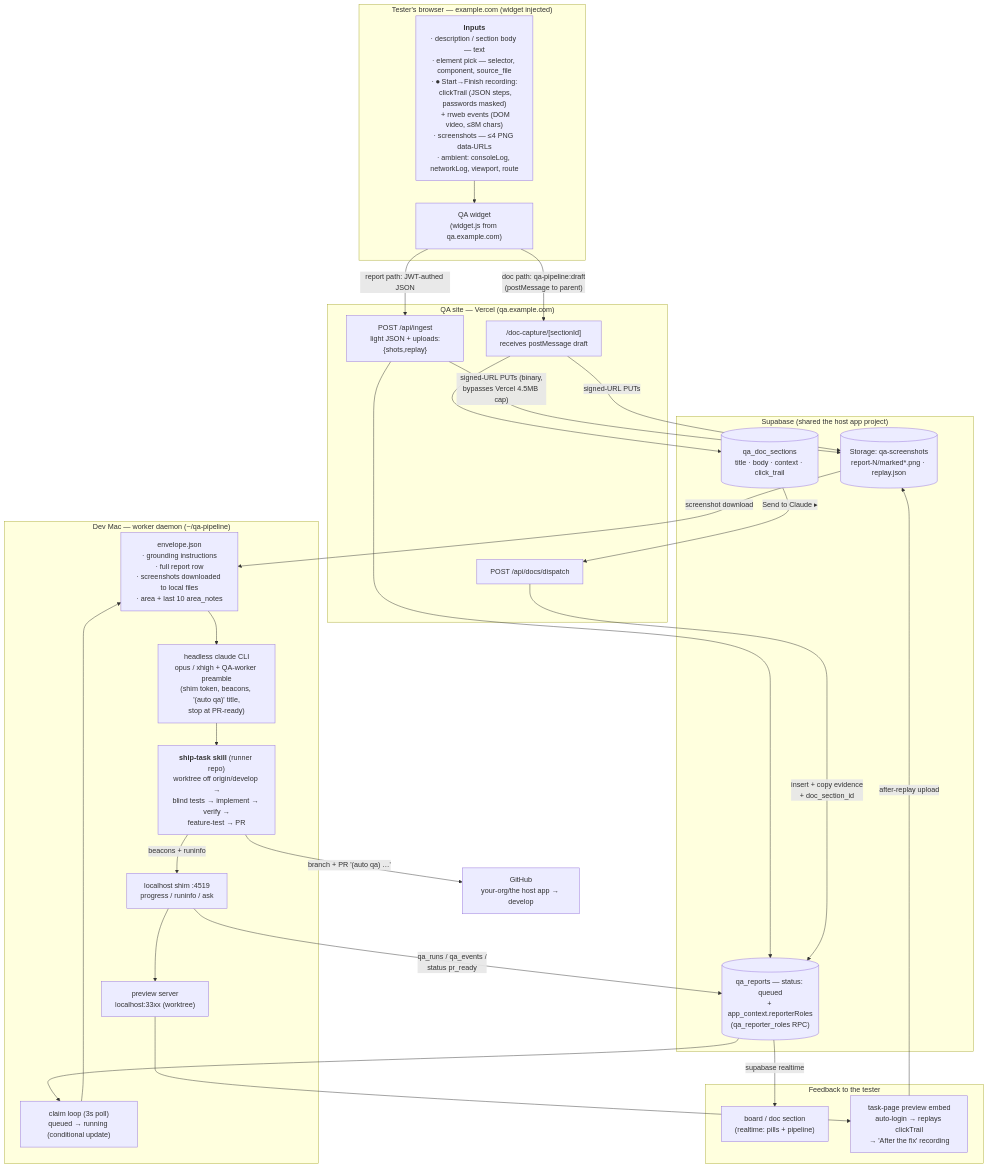
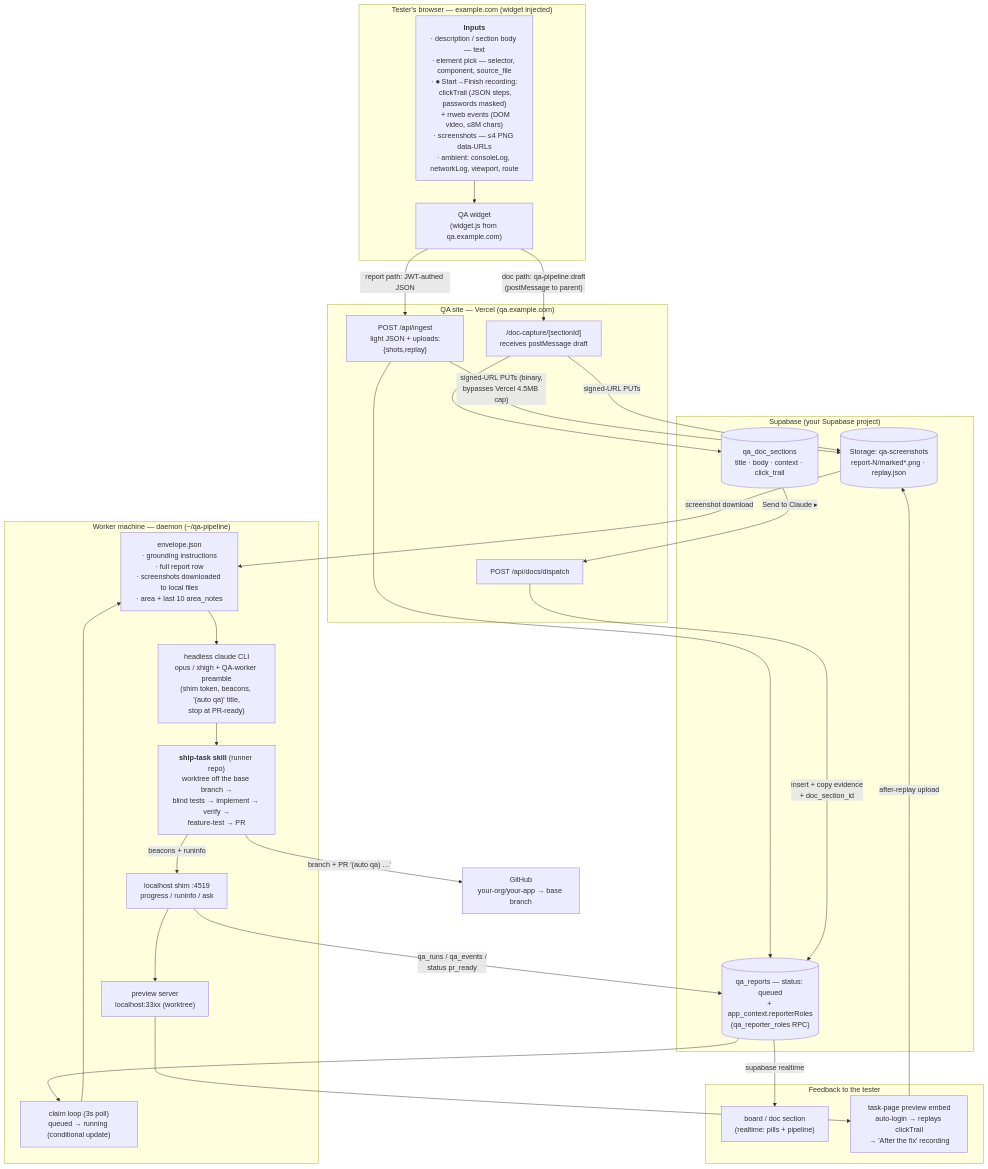
The diagram in docs/DATA-FLOW.md (Henry-Shan/agentic-qa-pipeline), drawn with Mermaid before and after one commit. The commit also changed other lines of this file and 35 other files, not shown here.

First line of the commit message:
Make the pipeline app-agnostic; source-available license

````diff
--- a/docs/DATA-FLOW.md
+++ b/docs/DATA-FLOW.md
@@ -6,54 +6,54 @@
 ```mermaid
 flowchart TD
   subgraph BROWSER["Tester's browser — example.com (widget injected)"]
     IN["<b>Inputs</b><br/>· description / section body — text<br/>· element pick — selector, component, source_file<br/>· ⏺ Start→Finish recording:<br/>&nbsp;&nbsp;clickTrail (JSON steps, passwords masked)<br/>&nbsp;&nbsp;+ rrweb events (DOM video, ≤8M chars)<br/>· screenshots — ≤4 PNG data-URLs<br/>· ambient: consoleLog, networkLog, viewport, route"]
     W["QA widget<br/>(widget.js from qa.example.com)"]
     IN --> W
   end
 
   subgraph SITE["QA site — Vercel (qa.example.com)"]
     ING["POST /api/ingest<br/>light JSON + uploads:{shots,replay}"]
     DCAP["/doc-capture/[sectionId]<br/>receives postMessage draft"]
     DISP["POST /api/docs/dispatch"]
   end
 
-  subgraph SB["Supabase (shared the host app project)"]
+  subgraph SB["Supabase (your Supabase project)"]
     SEC[("qa_doc_sections<br/>title · body · context · click_trail")]
     REP[("qa_reports — status: queued<br/>+ app_context.reporterRoles<br/>(qa_reporter_roles RPC)")]
     STOR[("Storage: qa-screenshots<br/>report-N/marked*.png · replay.json")]
   end
 
   W -- "report path: JWT-authed JSON" --> ING
   W -- "doc path: qa-pipeline:draft<br/>(postMessage to parent)" --> DCAP
   ING -- "signed-URL PUTs (binary,<br/>bypasses Vercel 4.5MB cap)" --> STOR
   ING --> REP
   DCAP --> SEC
   DCAP -- "signed-URL PUTs" --> STOR
   SEC -- "Send to Claude ▸" --> DISP
   DISP -- "insert + copy evidence<br/>+ doc_section_id" --> REP
 
-  subgraph MAC["Dev Mac — worker daemon (~/qa-pipeline)"]
+  subgraph MAC["Worker machine — daemon (~/qa-pipeline)"]
     CLAIM["claim loop (3s poll)<br/>queued → running (conditional update)"]
     ENV["envelope.json<br/>· grounding instructions<br/>· full report row<br/>· screenshots downloaded to local files<br/>· area + last 10 area_notes"]
     CLA["headless claude CLI<br/>opus / xhigh + QA-worker preamble<br/>(shim token, beacons, '(auto qa)' title,<br/>stop at PR-ready)"]
-    SHIP["<b>ship-task skill</b> (runner repo)<br/>worktree off origin/develop →<br/>blind tests → implement → verify →<br/>feature-test → PR"]
+    SHIP["<b>ship-task skill</b> (runner repo)<br/>worktree off the base branch →<br/>blind tests → implement → verify →<br/>feature-test → PR"]
     SHIM["localhost shim :4519<br/>progress / runinfo / ask"]
     PREV["preview server<br/>localhost:33xx (worktree)"]
   end
 
   REP --> CLAIM --> ENV --> CLA --> SHIP
   STOR -- "screenshot download" --> ENV
   SHIP -- "beacons + runinfo" --> SHIM
   SHIM -- "qa_runs / qa_events /<br/>status pr_ready" --> REP
-  SHIP -- "branch + PR '(auto qa) …'" --> GH["GitHub<br/>your-org/the host app → develop"]
+  SHIP -- "branch + PR '(auto qa) …'" --> GH["GitHub<br/>your-org/your-app → base branch"]
   SHIM --> PREV
 
   subgraph BACK["Feedback to the tester"]
     BOARD["board / doc section<br/>(realtime: pills + pipeline)"]
     EMB["task-page preview embed<br/>auto-login → replays clickTrail<br/>→ 'After the fix' recording"]
   end
 
   REP -- "supabase realtime" --> BOARD
   PREV --> EMB
   EMB -- "after-replay upload" --> STOR
 ```
````
